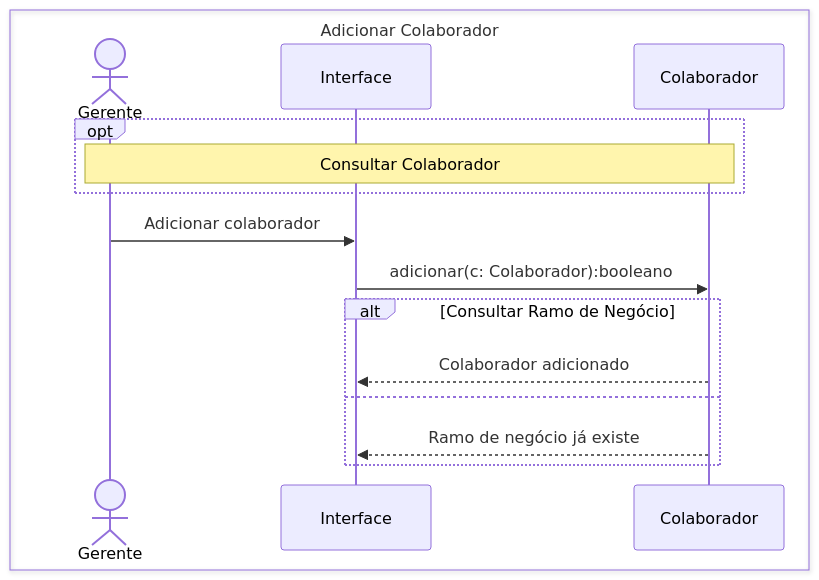
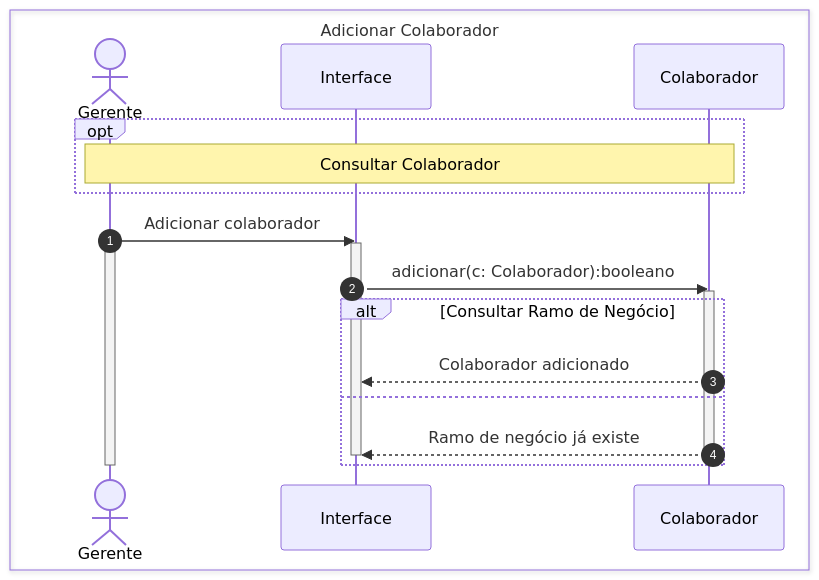
One commit to anderson-gpc/colab changed the second of 4 diagrams in DS_Manter_Colaborador.md. Above: the diagram before and after it, drawn with Mermaid. The commit also changed other lines of this file, not shown here.

````diff
--- a/DS_Manter_Colaborador.md
+++ b/DS_Manter_Colaborador.md
@@ -25,23 +33,29 @@
 ```mermaid
-%%{init: {'theme': 'default'}}%%
 sequenceDiagram
+    autonumber
     box Adicionar Colaborador
-        actor Al as Gerente
+        actor Gerente
         participant Interface
         participant Colaborador
     end
 
     opt
-        note over Al, Colaborador: Consultar Colaborador
+        note over Gerente, Colaborador: Consultar Colaborador
     end
 
-    Al->>Interface: Adicionar colaborador
+    Gerente->>Interface: Adicionar colaborador
+    activate Gerente
+    activate Interface
     Interface->>Colaborador:adicionar(c: Colaborador):booleano
+    activate Colaborador
 
     alt Consultar Ramo de Negócio
         Colaborador-->>Interface: Colaborador adicionado
     else
         Colaborador-->>Interface: Ramo de negócio já existe
+        deactivate Colaborador
+        deactivate Interface
     end
+    deactivate Gerente
     
 ```
````
